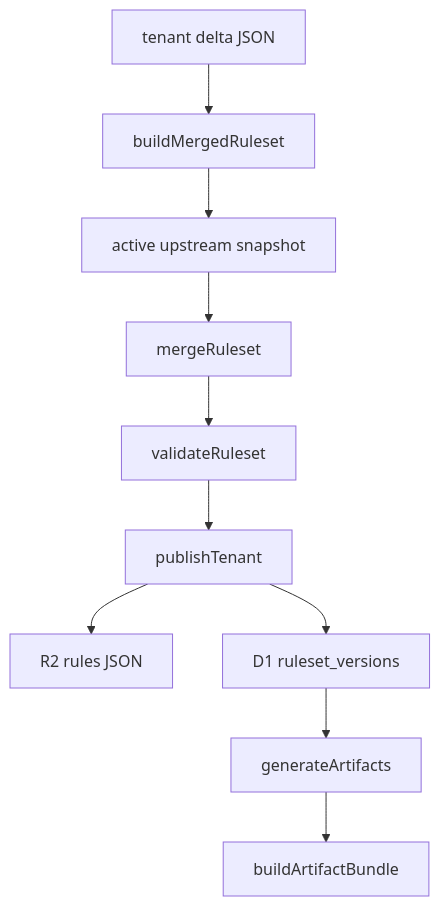
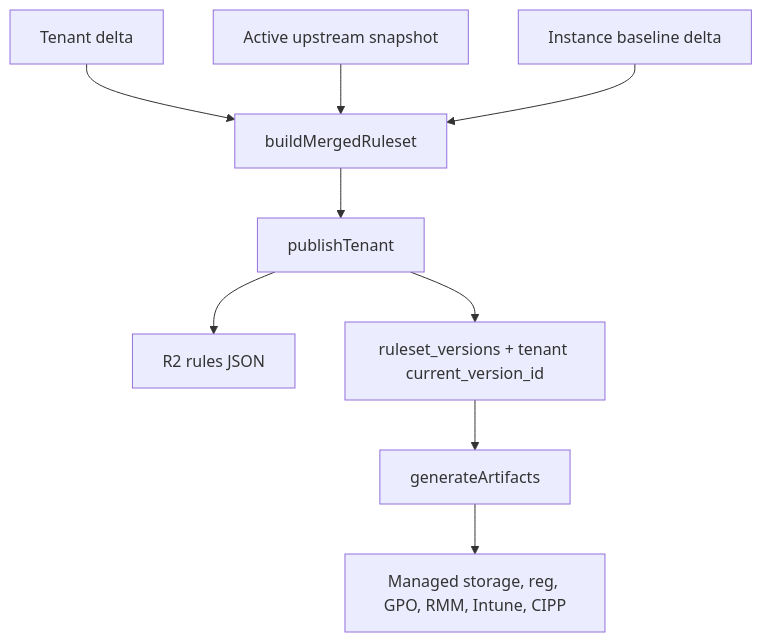
The diagram in docs/wiki/publishing-artifacts.md (DailenG/CheckDeployManager), drawn with Mermaid before and after one commit. The commit also changed other lines of this file and 14 other files, not shown here.

````diff
--- a/docs/wiki/publishing-artifacts.md
+++ b/docs/wiki/publishing-artifacts.md
@@ -16,12 +14,11 @@
 ```mermaid
 flowchart TD
-  Delta[tenant delta JSON] --> Build[buildMergedRuleset]
-  Build --> Snapshot[active upstream snapshot]
-  Snapshot --> Merge[mergeRuleset]
-  Merge --> Validate[validateRuleset]
-  Validate --> Publish[publishTenant]
-  Publish --> R2[R2 rules JSON]
-  Publish --> D1[D1 ruleset_versions]
-  D1 --> Artifacts[generateArtifacts]
-  Artifacts --> Bundle[buildArtifactBundle]
+  A[Tenant delta] --> B[buildMergedRuleset]
+  C[Active upstream snapshot] --> B
+  D[Instance baseline delta] --> B
+  B --> E[publishTenant]
+  E --> F[R2 rules JSON]
+  E --> G[ruleset_versions + tenant current_version_id]
+  G --> H[generateArtifacts]
+  H --> I[Managed storage, reg, GPO, RMM, Intune, CIPP]
 ```
````
